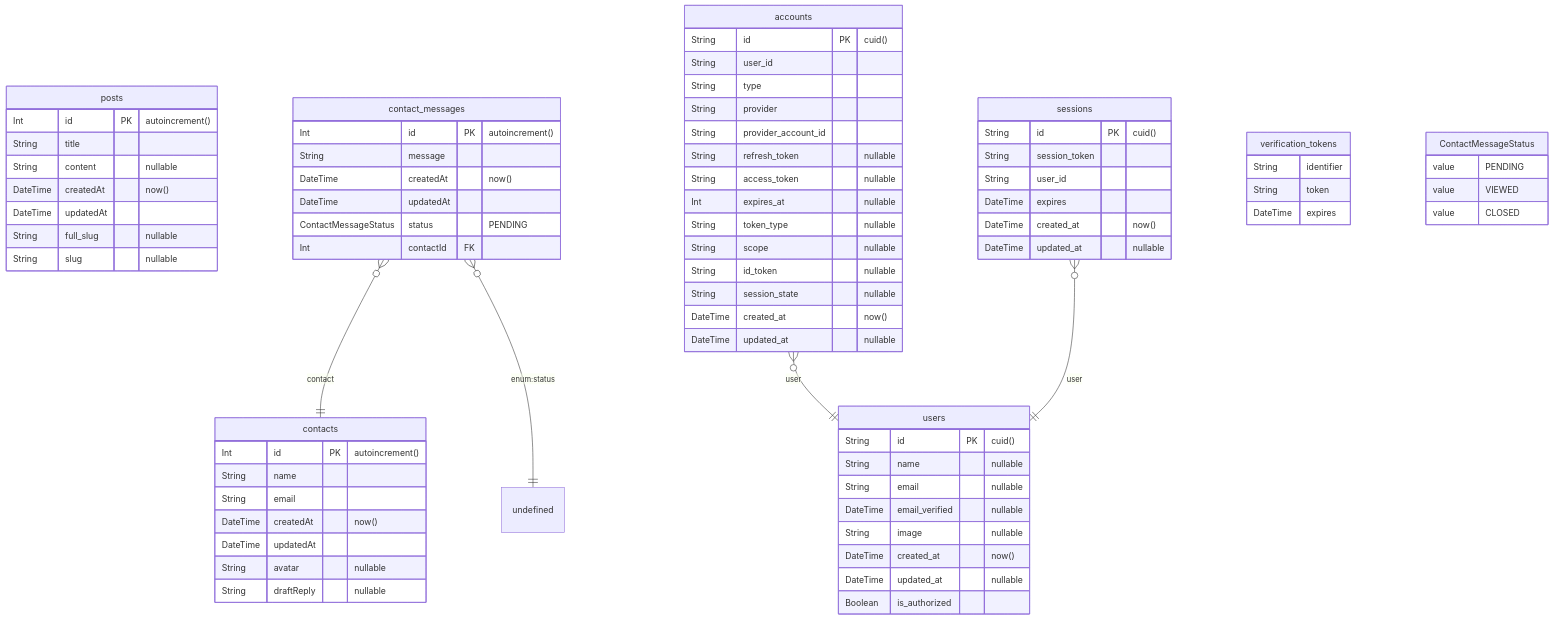
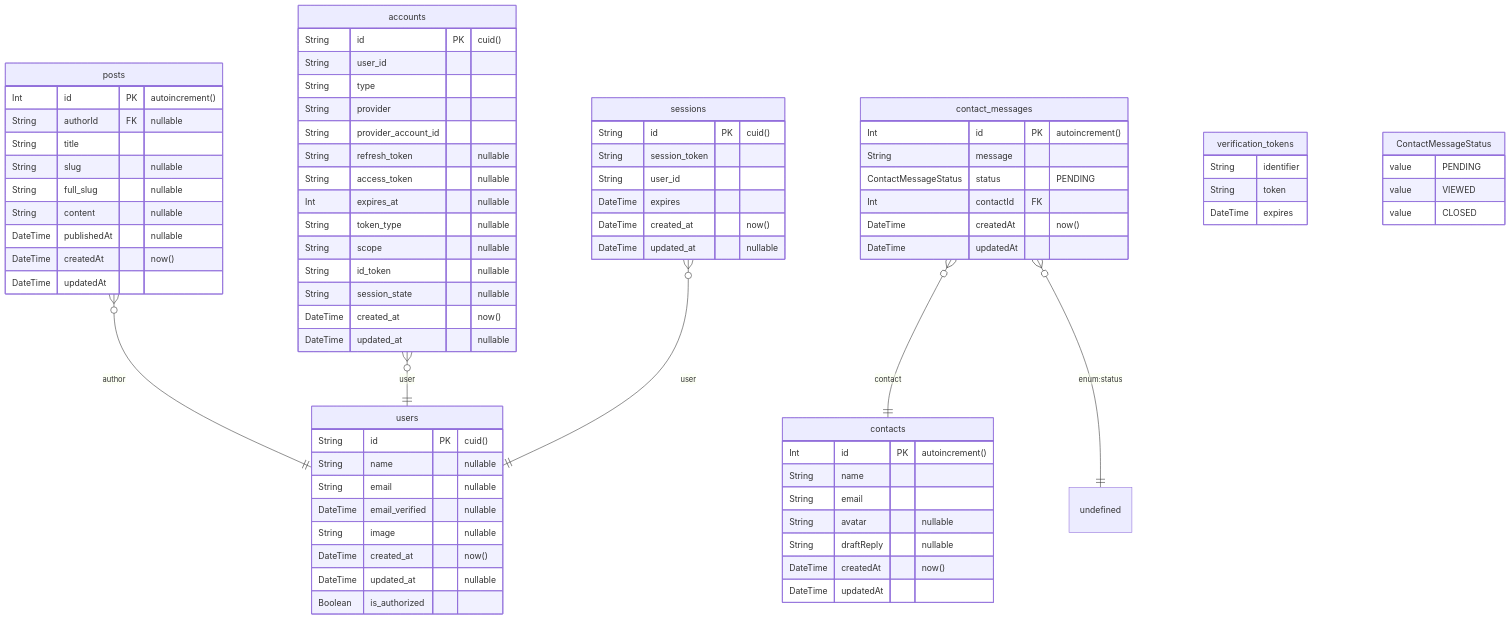
The diagram in prisma/ERD.md (boleknowak/piotrdoniak.com), drawn with Mermaid before and after one commit. The commit also changed 24 other files, not shown here.

````diff
--- a/prisma/ERD.md
+++ b/prisma/ERD.md
@@ -1,78 +1,81 @@
 ```mermaid
 erDiagram
 	posts {
 		Int id PK  "autoincrement()"
+		String authorId FK  "nullable"
 		String title
+		String slug  "nullable"
+		String full_slug  "nullable"
 		String content  "nullable"
+		DateTime publishedAt  "nullable"
 		DateTime createdAt  "now()"
 		DateTime updatedAt
-		String full_slug  "nullable"
-		String slug  "nullable"
 	}
 	contacts {
 		Int id PK  "autoincrement()"
 		String name
 		String email
+		String avatar  "nullable"
+		String draftReply  "nullable"
 		DateTime createdAt  "now()"
 		DateTime updatedAt
-		String avatar  "nullable"
-		String draftReply  "nullable"
 	}
 	contact_messages {
 		Int id PK  "autoincrement()"
 		String message
+		ContactMessageStatus status "PENDING"
+		Int contactId FK
 		DateTime createdAt  "now()"
 		DateTime updatedAt
-		ContactMessageStatus status "PENDING"
-		Int contactId FK
 	}
 	accounts {
 		String id PK  "cuid()"
 		String user_id
 		String type
 		String provider
 		String provider_account_id
 		String refresh_token  "nullable"
 		String access_token  "nullable"
 		Int expires_at  "nullable"
 		String token_type  "nullable"
 		String scope  "nullable"
 		String id_token  "nullable"
 		String session_state  "nullable"
 		DateTime created_at  "now()"
 		DateTime updated_at  "nullable"
 	}
 	sessions {
 		String id PK  "cuid()"
 		String session_token
 		String user_id
 		DateTime expires
 		DateTime created_at  "now()"
 		DateTime updated_at  "nullable"
 	}
 	users {
 		String id PK  "cuid()"
 		String name  "nullable"
 		String email  "nullable"
 		DateTime email_verified  "nullable"
 		String image  "nullable"
 		DateTime created_at  "now()"
 		DateTime updated_at  "nullable"
 		Boolean is_authorized
 	}
 	verification_tokens {
 		String identifier
 		String token
 		DateTime expires
 	}
 	ContactMessageStatus {
 		value PENDING
 		value VIEWED
 		value CLOSED
 	}
+	posts }o--|| users : author
 	contact_messages }o--|| contacts : contact
 	contact_messages }o--|| undefined : "enum:status"
 	accounts }o--|| users : user
 	sessions }o--|| users : user
 
 ```
````
